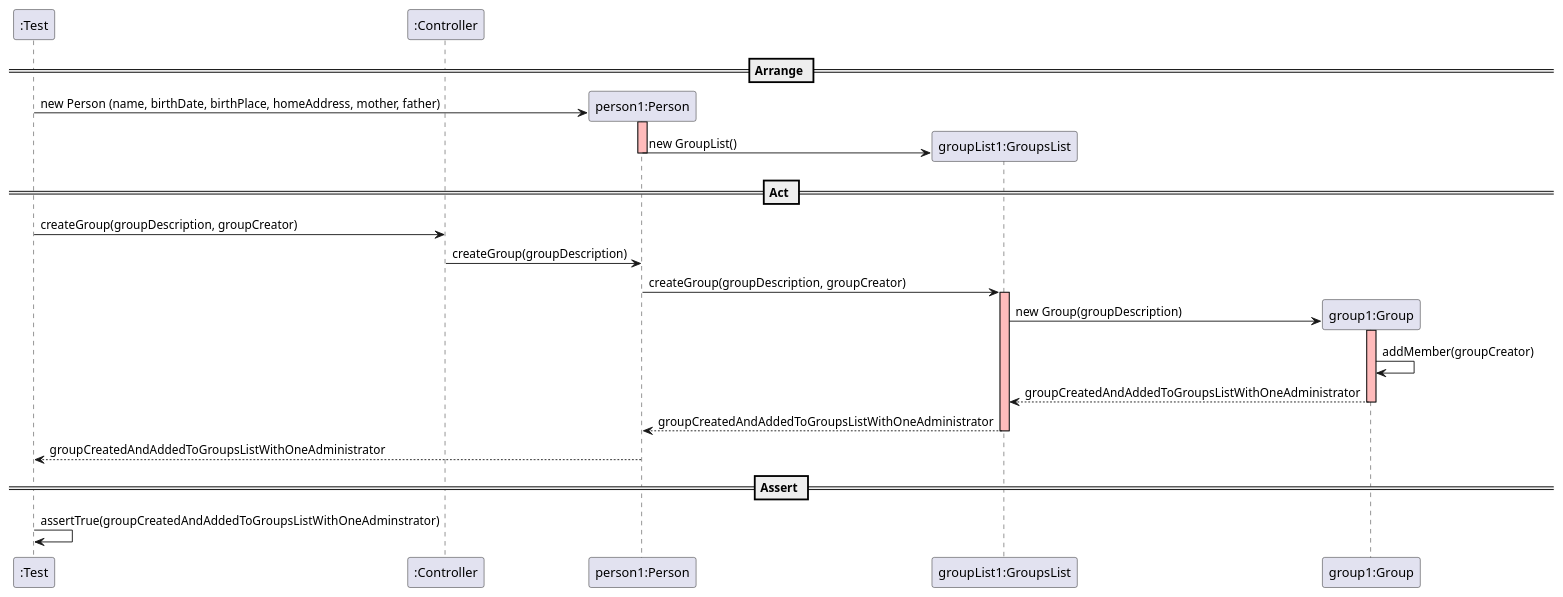
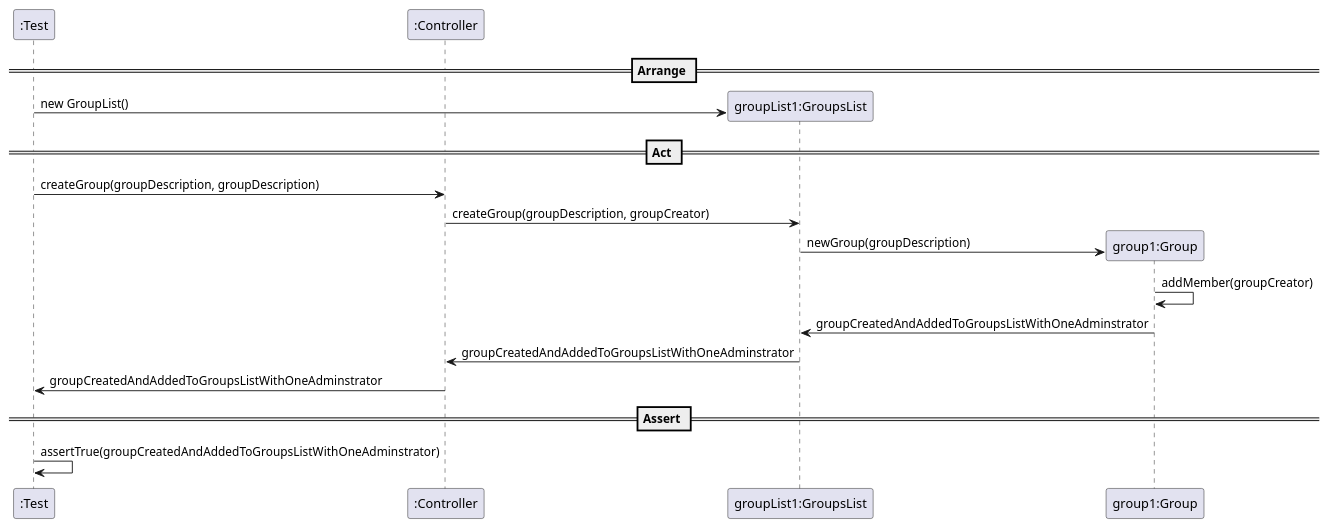
One commit to mleitaoribeiro/DevOpsMaven changed the diagram in docs/SequenceDiagram - US002.1.puml. Above: the diagram before and after it, drawn with PlantUML. The commit also changed 2 other files, not shown here.

Commit message:
ref #390 ref #393 update sequence diagram an class diagram of US2.1

```diff
--- a/docs/SequenceDiagram - US002.1.puml
+++ b/docs/SequenceDiagram - US002.1.puml
@@ -1,43 +1,25 @@
 @startuml
 
 create ":Test"
 create ":Controller"
+
 == Arrange ==
-
-create "person1:Person"
-":Test" -> "person1:Person" : new Person (name, birthDate, birthPlace, homeAddress, mother, father)
-activate "person1:Person" #FFBBBB
-
 create "groupList1:GroupsList"
-"person1:Person" -> "groupList1:GroupsList" : new GroupList()
-deactivate "person1:Person" #FFBBBB
+":Test" -> "groupList1:GroupsList" : new GroupList()
 
 == Act ==
-":Test" -> ":Controller" : createGroup(groupDescription, groupCreator)
-":Controller" -> "person1:Person" : createGroup(groupDescription)
-
-
-
-"person1:Person" -> "groupList1:GroupsList" : createGroup(groupDescription, groupCreator)
-activate "groupList1:GroupsList" #FFBBBB
+":Test" -> ":Controller" : createGroup(groupDescription, groupDescription)
+":Controller" -> "groupList1:GroupsList" : createGroup(groupDescription, groupCreator)
 
 create "group1:Group"
-"groupList1:GroupsList" -> "group1:Group" : new Group(groupDescription)
-activate "group1:Group" #FFBBBB
-
-"group1:Group" -> "group1:Group": addMember(groupCreator)
-
-"group1:Group" --> "groupList1:GroupsList" : groupCreatedAndAddedToGroupsListWithOneAdministrator
-deactivate "group1:Group" #FFBBBB
-
-"groupList1:GroupsList" --> "person1:Person" : groupCreatedAndAddedToGroupsListWithOneAdministrator
-deactivate "groupList1:GroupsList" #FFBBBB
-
-"person1:Person" --> ":Test" : groupCreatedAndAddedToGroupsListWithOneAdministrator
-deactivate  "person1:Person" #FFBBBB
+"groupList1:GroupsList" -> "group1:Group": newGroup(groupDescription)
+"group1:Group" ->"group1:Group": addMember(groupCreator)
+"group1:Group" ->"groupList1:GroupsList": groupCreatedAndAddedToGroupsListWithOneAdminstrator
+"groupList1:GroupsList" -> ":Controller": groupCreatedAndAddedToGroupsListWithOneAdminstrator
+":Controller" -> ":Test": groupCreatedAndAddedToGroupsListWithOneAdminstrator
 
 == Assert ==
 
 ":Test" -> ":Test" : assertTrue(groupCreatedAndAddedToGroupsListWithOneAdminstrator)
 
 @enduml
```
